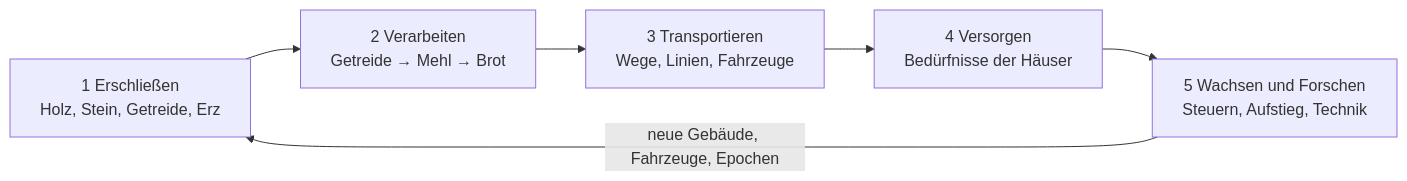
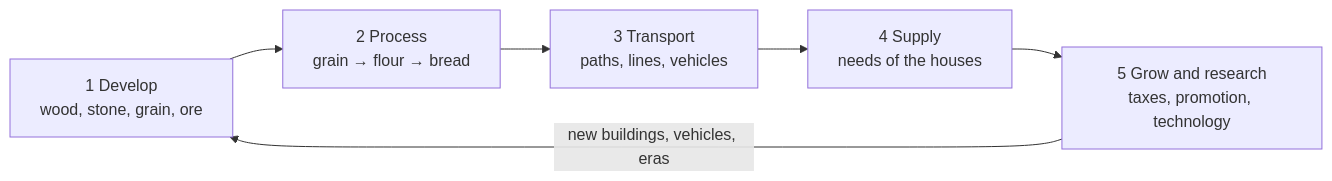
Before and after one commit to 502Proxy/EpochenDerWege: the diagram in docs/GameDesign.md, drawn with Mermaid. The commit also changed other lines of this file and 3 other files, not shown here.

First line of the commit message:
docs: English README, game design document and architecture guide

````diff
--- a/docs/GameDesign.md
+++ b/docs/GameDesign.md
@@ -29,8 +28,8 @@
 ```mermaid
 flowchart LR
-    A["1 Erschließen<br/>Holz, Stein, Getreide, Erz"] --> B["2 Verarbeiten<br/>Getreide → Mehl → Brot"]
-    B --> C["3 Transportieren<br/>Wege, Linien, Fahrzeuge"]
-    C --> D["4 Versorgen<br/>Bedürfnisse der Häuser"]
-    D --> E["5 Wachsen und Forschen<br/>Steuern, Aufstieg, Technik"]
-    E -- "neue Gebäude, Fahrzeuge, Epochen" --> A
+    A["1 Develop<br/>wood, stone, grain, ore"] --> B["2 Process<br/>grain → flour → bread"]
+    B --> C["3 Transport<br/>paths, lines, vehicles"]
+    C --> D["4 Supply<br/>needs of the houses"]
+    D --> E["5 Grow and research<br/>taxes, promotion, technology"]
+    E -- "new buildings, vehicles, eras" --> A
 ```
````
